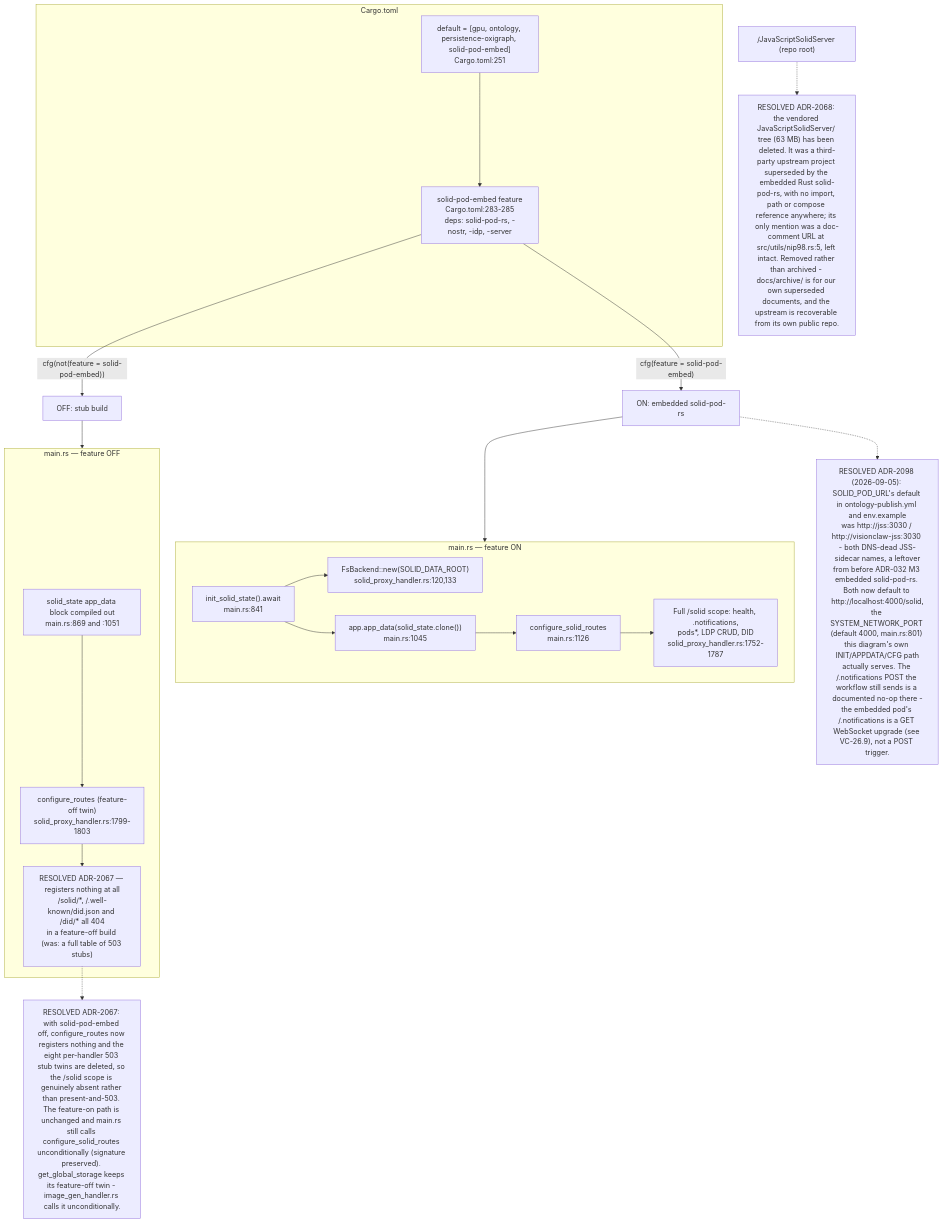
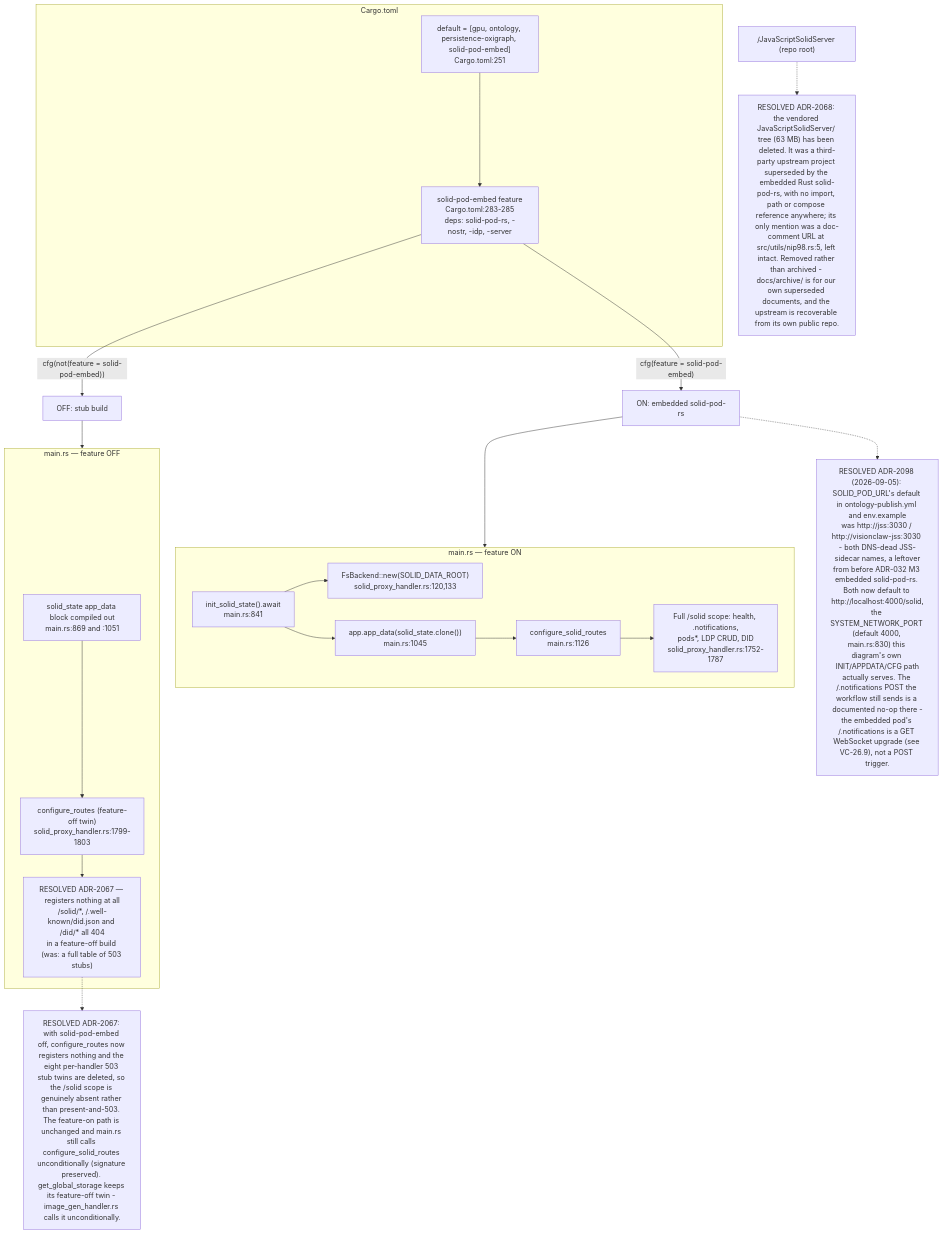
Before and after one commit to DreamLab-AI/VisionFlow: the first of 14 diagrams in docs/diagrams/visionclaw/26-solid-pod-and-jss.md, drawn with Mermaid. The commit also changed 292 other files, not shown here.

````diff
--- a/docs/diagrams/visionclaw/26-solid-pod-and-jss.md
+++ b/docs/diagrams/visionclaw/26-solid-pod-and-jss.md
@@ -40,40 +40,40 @@
 ```mermaid
 flowchart TB
     subgraph cargo["Cargo.toml"]
         DEFAULT["default = [gpu, ontology, persistence-oxigraph, solid-pod-embed]<br/>Cargo.toml:251"]
         FEAT["solid-pod-embed feature<br/>Cargo.toml:283-285<br/>deps: solid-pod-rs, -nostr, -idp, -server"]
     end
     DEFAULT --> FEAT
     FEAT -->|"cfg(feature = solid-pod-embed)"| ON["ON: embedded solid-pod-rs"]
     FEAT -->|"cfg(not(feature = solid-pod-embed))"| OFF["OFF: stub build"]
 
     subgraph onpath["main.rs — feature ON"]
         INIT["init_solid_state().await<br/>main.rs:841"]
         APPDATA["app.app_data(solid_state.clone())<br/>main.rs:1045"]
         CFG["configure_solid_routes<br/>main.rs:1126"]
         FS["FsBackend::new(SOLID_DATA_ROOT)<br/>solid_proxy_handler.rs:120,133"]
         ROUTES["Full /solid scope: health, .notifications,<br/>pods*, LDP CRUD, DID<br/>solid_proxy_handler.rs:1752-1787"]
         INIT --> FS
         INIT --> APPDATA --> CFG --> ROUTES
     end
 
     subgraph offpath["main.rs — feature OFF"]
         NOINIT["solid_state app_data block compiled out<br/>main.rs:869 and :1051"]
         STUBCFG["configure_routes (feature-off twin)<br/>solid_proxy_handler.rs:1799-1803"]
         STUBROUTES["RESOLVED ADR-2067 — registers nothing at all<br/>/solid/*, /.well-known/did.json and /did/* all 404<br/>in a feature-off build (was: a full table of 503 stubs)"]
         NOINIT --> STUBCFG --> STUBROUTES
     end
 
     ON --> onpath
     OFF --> offpath
 
     Note1["RESOLVED ADR-2067: with solid-pod-embed off, configure_routes now registers nothing and the eight per-handler 503 stub twins are deleted, so the /solid scope is genuinely absent rather than present-and-503. The feature-on path is unchanged and main.rs still calls configure_solid_routes unconditionally (signature preserved). get_global_storage keeps its feature-off twin - image_gen_handler.rs calls it unconditionally."]
     STUBROUTES -.-> Note1
 
     Legacy["/JavaScriptSolidServer (repo root)"]
     Note2["RESOLVED ADR-2068: the vendored JavaScriptSolidServer/ tree (63 MB) has been deleted. It was a third-party upstream project superseded by the embedded Rust solid-pod-rs, with no import, path or compose reference anywhere; its only mention was a doc-comment URL at src/utils/nip98.rs:5, left intact. Removed rather than archived - docs/archive/ is for our own superseded documents, and the upstream is recoverable from its own public repo."]
     Legacy -.-> Note2
 
-    Note3["RESOLVED ADR-2098 (2026-09-05): SOLID_POD_URL's default in ontology-publish.yml and env.example<br/>was http://jss:3030 / http://visionclaw-jss:3030 - both DNS-dead JSS-sidecar names, a leftover<br/>from before ADR-032 M3 embedded solid-pod-rs. Both now default to http://localhost:4000/solid,<br/>the SYSTEM_NETWORK_PORT (default 4000, main.rs:801) this diagram's own INIT/APPDATA/CFG path<br/>actually serves. The /.notifications POST the workflow still sends is a documented no-op there -<br/>the embedded pod's /.notifications is a GET WebSocket upgrade (see VC-26.9), not a POST trigger."]
+    Note3["RESOLVED ADR-2098 (2026-09-05): SOLID_POD_URL's default in ontology-publish.yml and env.example<br/>was http://jss:3030 / http://visionclaw-jss:3030 - both DNS-dead JSS-sidecar names, a leftover<br/>from before ADR-032 M3 embedded solid-pod-rs. Both now default to http://localhost:4000/solid,<br/>the SYSTEM_NETWORK_PORT (default 4000, main.rs:830) this diagram's own INIT/APPDATA/CFG path<br/>actually serves. The /.notifications POST the workflow still sends is a documented no-op there -<br/>the embedded pod's /.notifications is a GET WebSocket upgrade (see VC-26.9), not a POST trigger."]
     ON -.-> Note3
 ```
````
